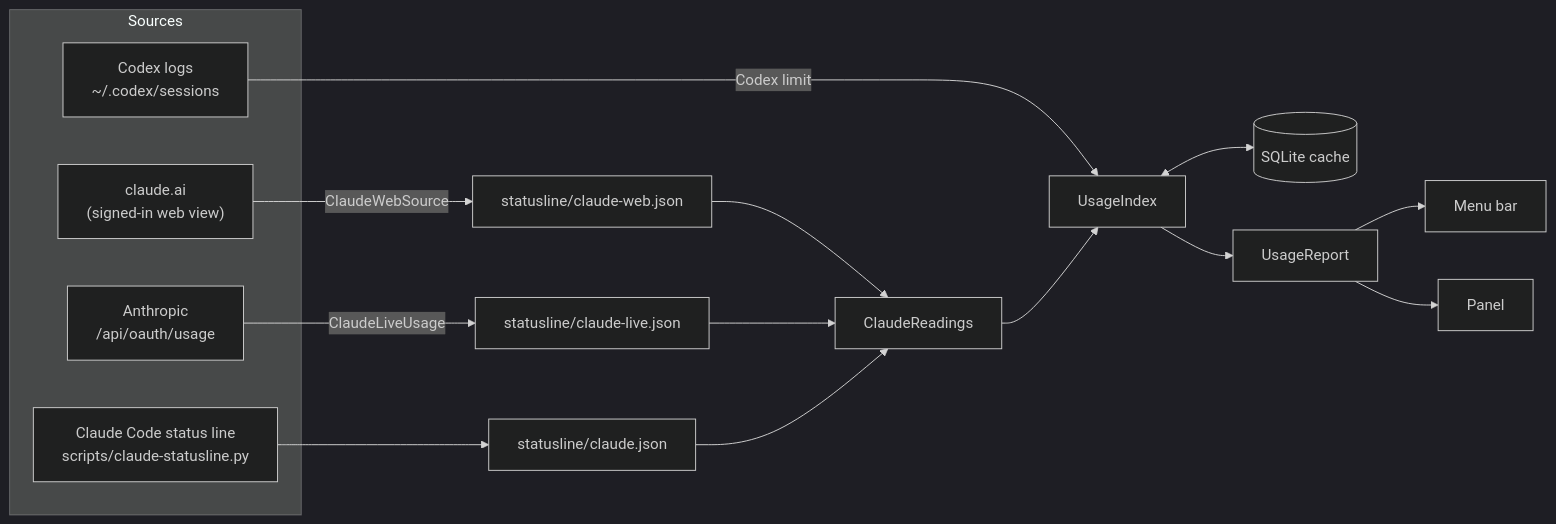
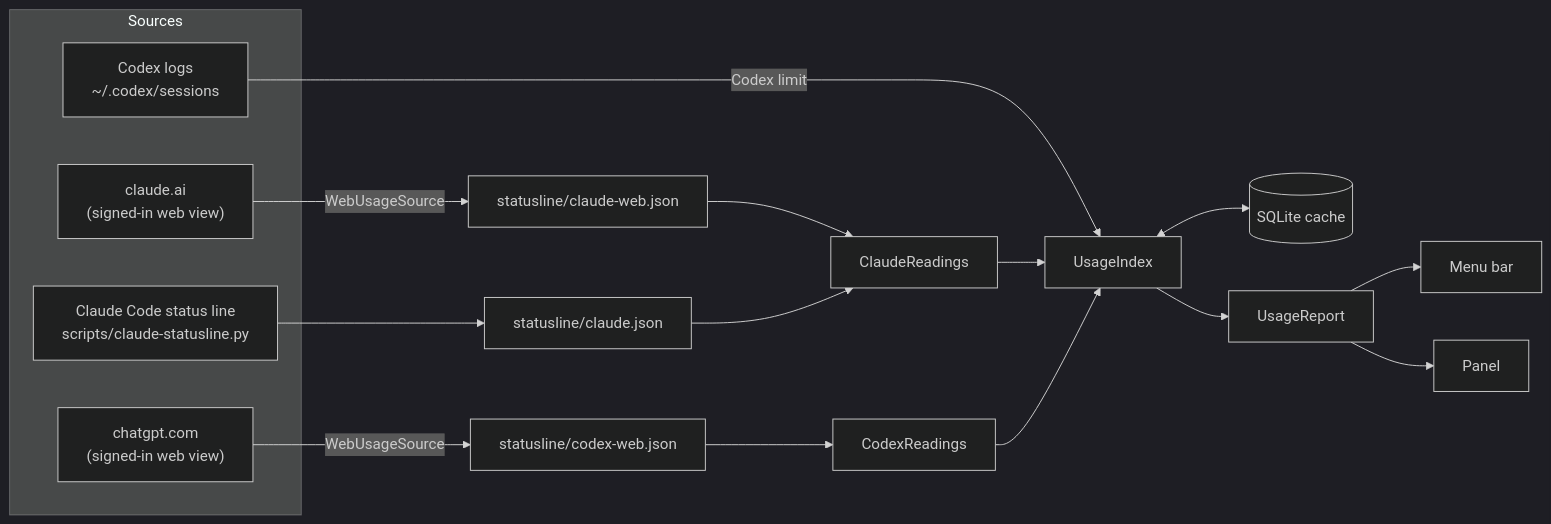
Before and after one commit to PrajwalSR/ai_usage_meter: the second of 6 diagrams in docs/ARCHITECTURE.md, drawn with Mermaid (dark theme). The commit also changed other lines of this file and 29 other files, not shown here.

````diff
--- a/docs/ARCHITECTURE.md
+++ b/docs/ARCHITECTURE.md
@@ -17,22 +17,23 @@
 ```mermaid
 flowchart LR
     subgraph Sources
         CX["Codex logs<br/>~/.codex/sessions"]
         WEB["claude.ai<br/>(signed-in web view)"]
-        AN["Anthropic<br/>/api/oauth/usage"]
+        GPT["chatgpt.com<br/>(signed-in web view)"]
         SL["Claude Code status line<br/>scripts/claude-statusline.py"]
     end
 
     CX -->|"Codex limit"| IDX["UsageIndex"]
-    WEB -->|"ClaudeWebSource"| F0["statusline/claude-web.json"]
-    AN -->|"ClaudeLiveUsage"| F1["statusline/claude-live.json"]
+    WEB -->|"WebUsageSource"| F0["statusline/claude-web.json"]
+    GPT -->|"WebUsageSource"| F1["statusline/codex-web.json"]
     SL --> F2["statusline/claude.json"]
     F0 --> CR["ClaudeReadings"]
-    F1 --> CR
     F2 --> CR
+    F1 --> XR["CodexReadings"]
     CR --> IDX
+    XR --> IDX
     IDX <--> DB[("SQLite cache")]
     IDX --> R["UsageReport"]
     R --> MB["Menu bar"]
     R --> P["Panel"]
 ```
````
